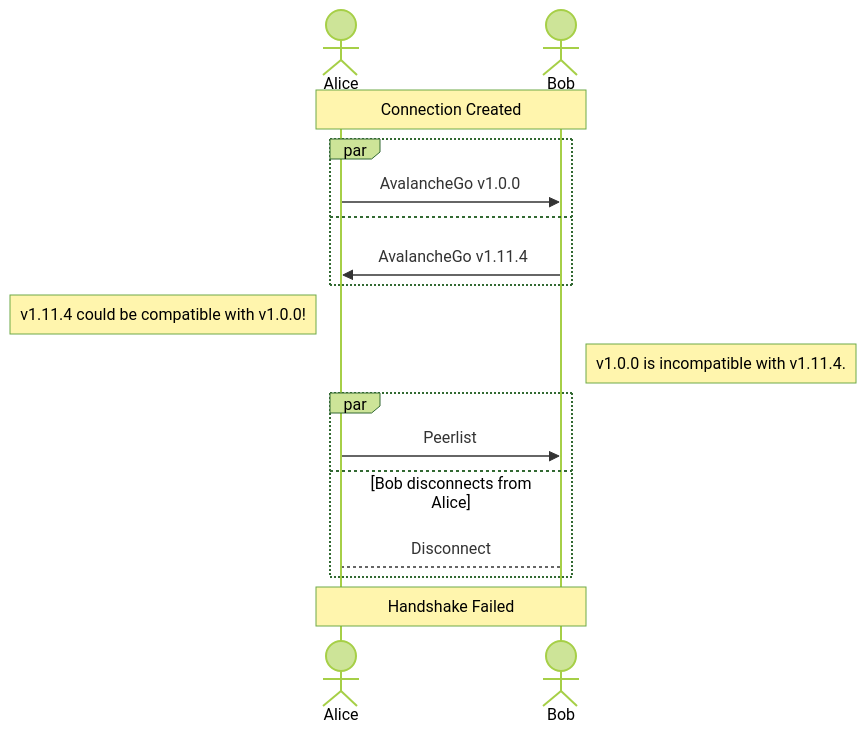
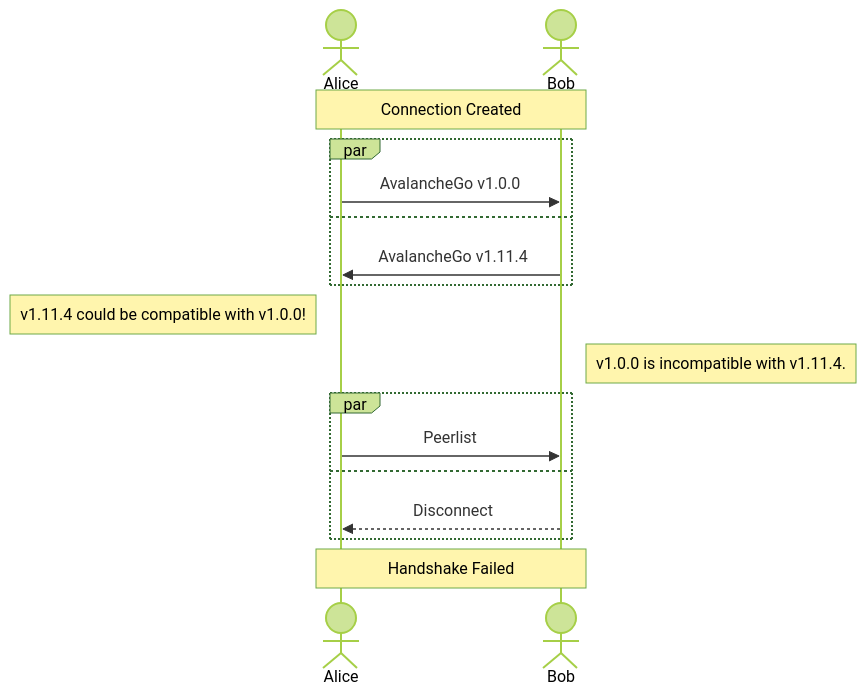
One commit to ava-labs/avalanchego changed the second of 7 diagrams in network/README.md. Above: the diagram before and after it, drawn with Mermaid (forest theme).

````diff
--- a/network/README.md
+++ b/network/README.md
@@ -56,19 +56,19 @@
 ```mermaid
 sequenceDiagram
     actor Alice
     actor Bob
     Note over Alice,Bob: Connection Created
     par
         Alice->>Bob: AvalancheGo v1.0.0
     and
         Bob->>Alice: AvalancheGo v1.11.4
     end
     Note left of Alice: v1.11.4 could be compatible with v1.0.0!
     Note right of Bob: v1.0.0 is incompatible with v1.11.4.
     par
         Alice->>Bob: Peerlist
-    and Bob disconnects from Alice
-        Bob-->Alice: Disconnect
+    and
+        Bob-->>Alice: Disconnect
     end
     Note over Alice,Bob: Handshake Failed
 ```
````
